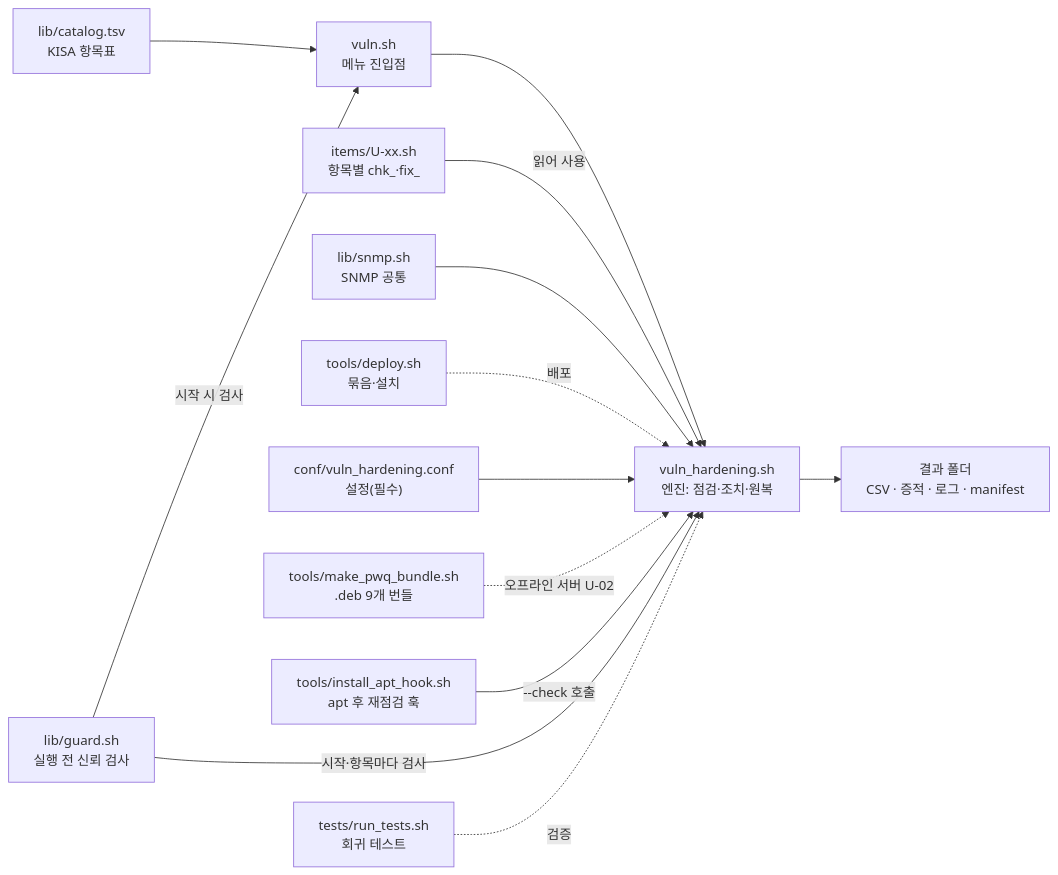
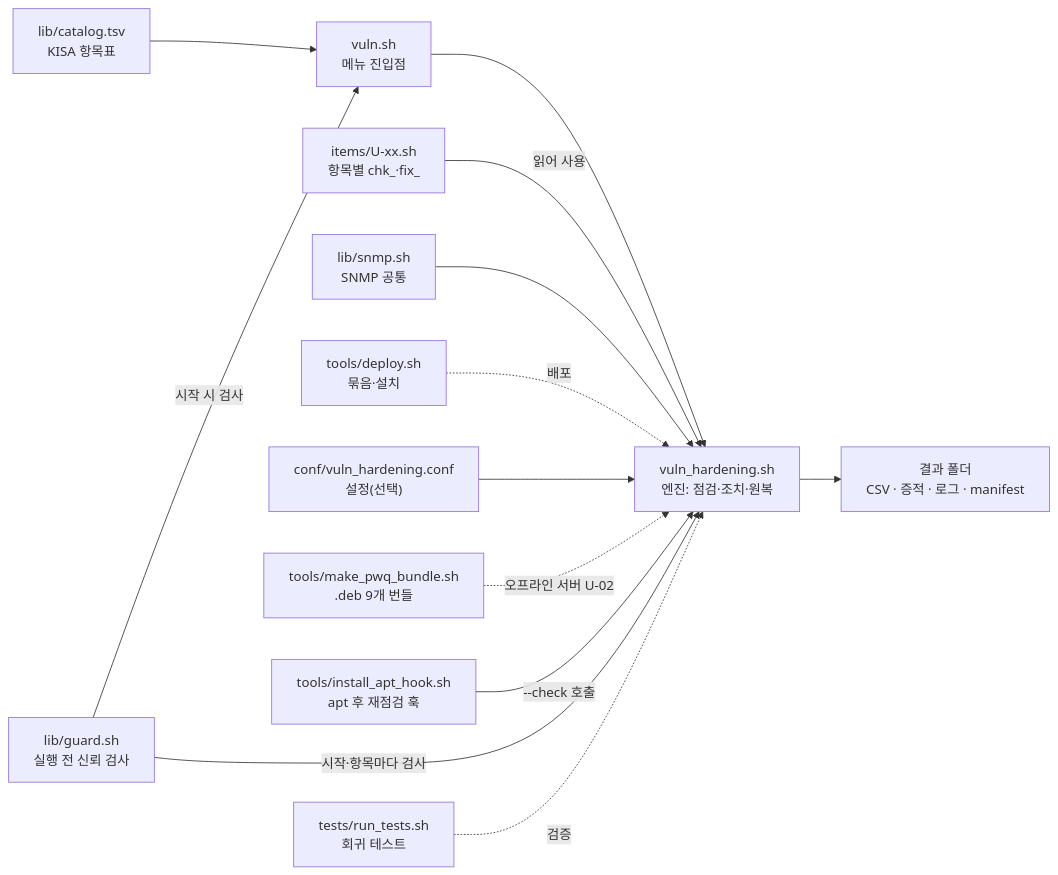
The first of 4 diagrams in vulnerability/docs/architecture.md (yanos0218/Tools), drawn with Mermaid before and after one commit. The commit also changed other lines of this file and 11 other files, not shown here.

````diff
--- a/vulnerability/docs/architecture.md
+++ b/vulnerability/docs/architecture.md
@@ -7,15 +7,15 @@
 ```mermaid
 flowchart LR
   menu["vuln.sh<br/>메뉴 진입점"] --> main["vuln_hardening.sh<br/>엔진: 점검·조치·원복"]
   items["items/U-xx.sh<br/>항목별 chk_·fix_"] -- "읽어 사용" --> main
   snmp["lib/snmp.sh<br/>SNMP 공통"] --> main
   deploy["tools/deploy.sh<br/>묶음·설치"] -. "배포" .-> main
   cat["lib/catalog.tsv<br/>KISA 항목표"] --> menu
-  conf["conf/vuln_hardening.conf<br/>설정(필수)"] --> main
+  conf["conf/vuln_hardening.conf<br/>설정(선택)"] --> main
   bundle["tools/make_pwq_bundle.sh<br/>.deb 9개 번들"] -. "오프라인 서버 U-02" .-> main
   hook["tools/install_apt_hook.sh<br/>apt 후 재점검 훅"] -- "--check 호출" --> main
   guard["lib/guard.sh<br/>실행 전 신뢰 검사"] -- "시작·항목마다 검사" --> main
   guard -- "시작 시 검사" --> menu
   tests["tests/run_tests.sh<br/>회귀 테스트"] -. "검증" .-> main
   main --> out["결과 폴더<br/>CSV · 증적 · 로그 · manifest"]
 ```
````
